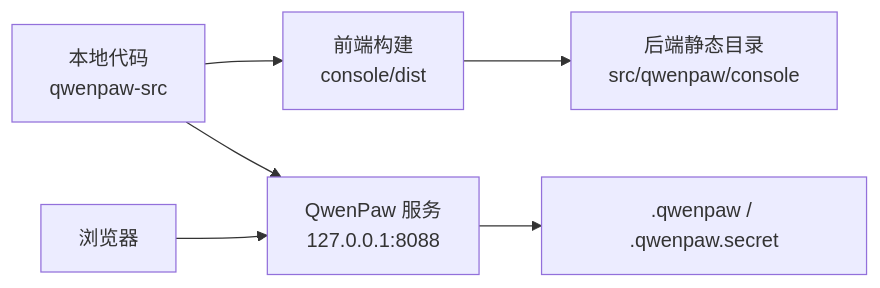
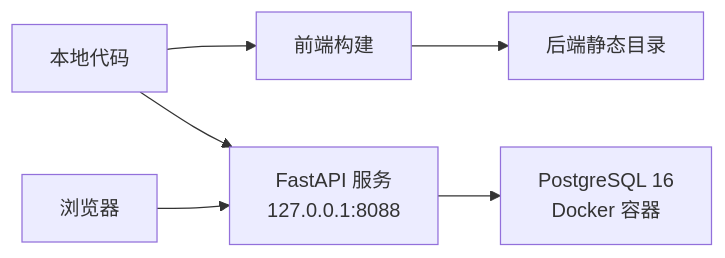
The seventh of 8 diagrams in docs/technical-solution.md (devjotaduo/nexora-ai-platform), drawn with Mermaid before and after one commit. The commit also changed other lines of this file and 5 other files, not shown here.

````diff
--- a/docs/technical-solution.md
+++ b/docs/technical-solution.md
@@ -408,8 +414,8 @@
 ```mermaid
 flowchart LR
-    Repo["本地代码<br/>qwenpaw-src"] --> Build["前端构建<br/>console/dist"]
-    Build --> Static["后端静态目录<br/>src/qwenpaw/console"]
-    Repo --> App["QwenPaw 服务<br/>127.0.0.1:8088"]
-    App --> Data[".qwenpaw / .qwenpaw.secret"]
+    Repo["本地代码"] --> Build["前端构建"]
+    Build --> Static["后端静态目录"]
+    Repo --> App["FastAPI 服务<br/>127.0.0.1:8088"]
+    App --> PG["PostgreSQL 16<br/>Docker 容器"]
     Browser["浏览器"] --> App
 ```
````
